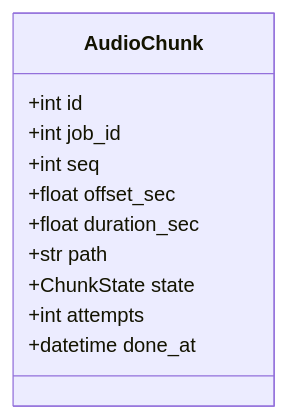
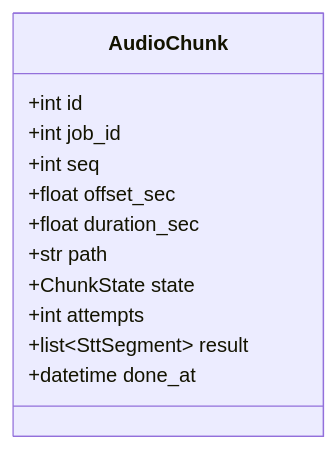
Before and after one commit to HoyoungParkme/video-agent: the third of 18 diagrams in docs/specs/06-DOM/VA-DOM-002.md, drawn with Mermaid. The commit also changed other lines of this file, not shown here.

````diff
--- a/docs/specs/06-DOM/VA-DOM-002.md
+++ b/docs/specs/06-DOM/VA-DOM-002.md
@@ -244,14 +244,15 @@
 ```mermaid
 classDiagram
     class AudioChunk {
         +int id
         +int job_id
         +int seq
         +float offset_sec
         +float duration_sec
         +str path
         +ChunkState state
         +int attempts
+        +list~SttSegment~ result
         +datetime done_at
     }
 ```
````
